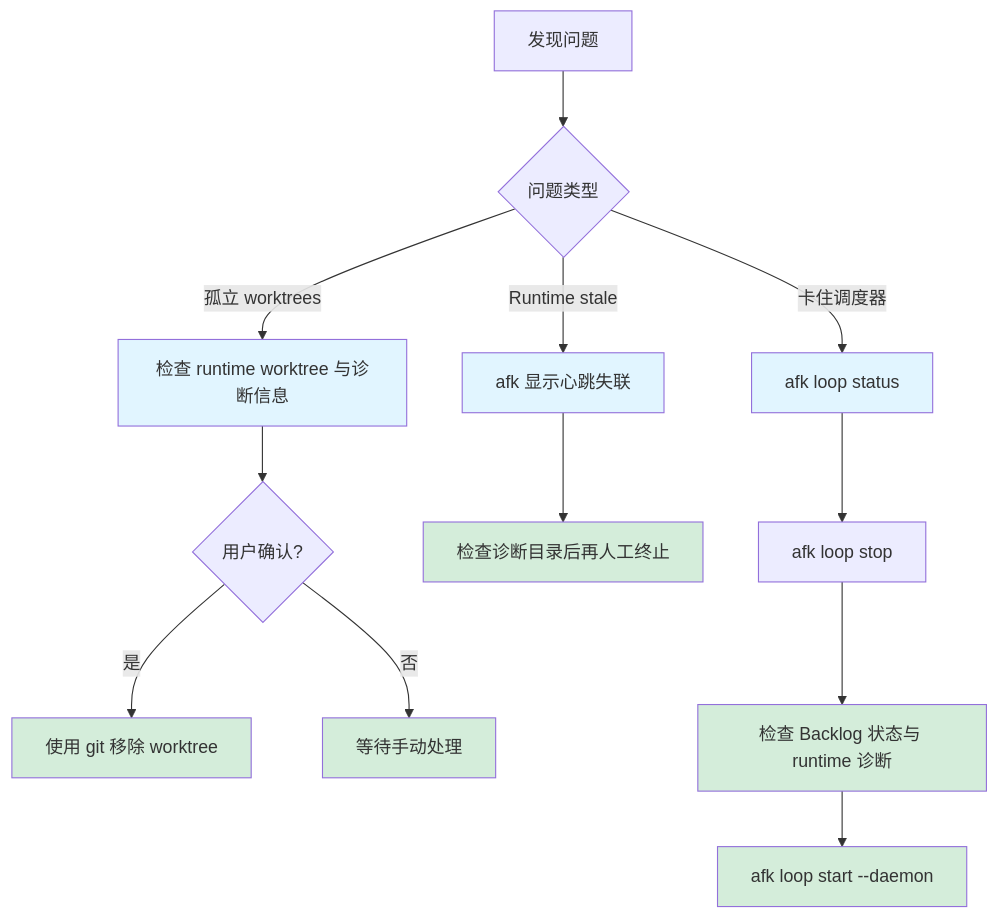
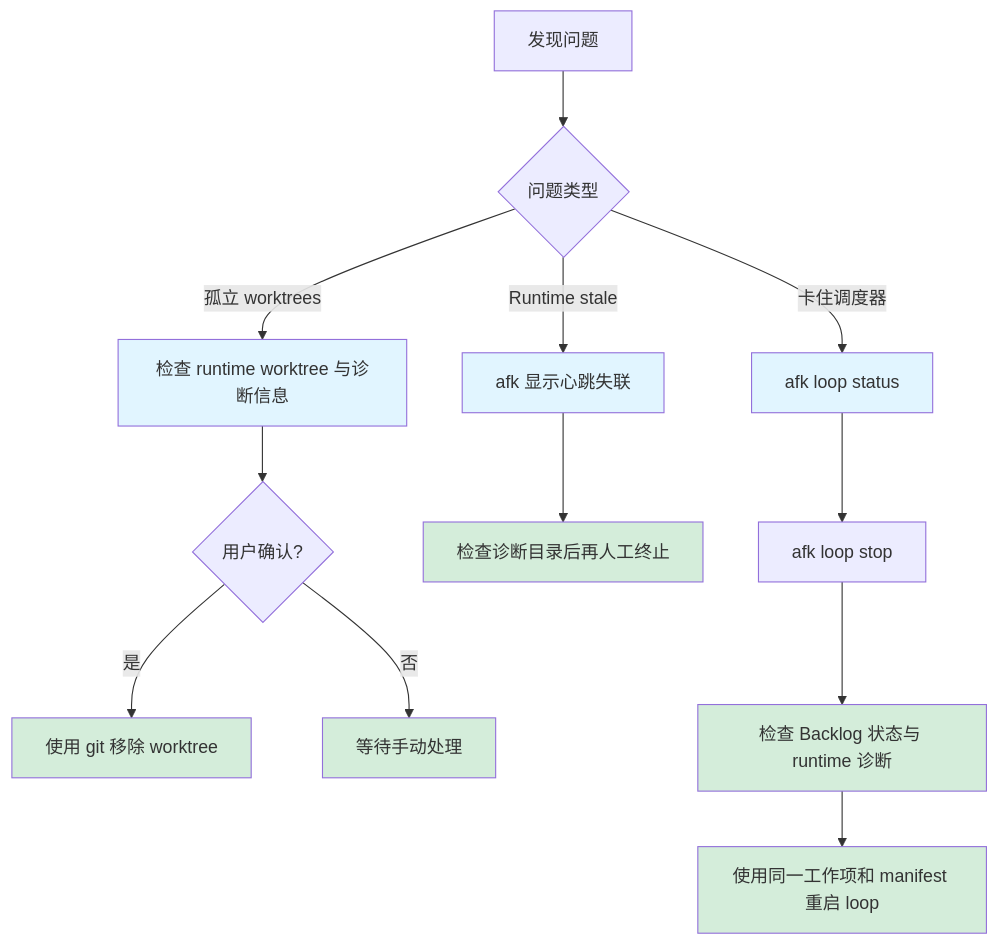
One commit to easyhaloo/afk changed the eighth of 9 diagrams in docs/guides/workflows.zh.md. Above: the diagram before and after it, drawn with Mermaid. The commit also changed other lines of this file and 129 other files, not shown here.

````diff
--- a/docs/guides/workflows.zh.md
+++ b/docs/guides/workflows.zh.md
@@ -422,22 +420,22 @@
 ```mermaid
 flowchart TD
     Issue[发现问题] --> Type{问题类型}
 
     Type -->|孤立 worktrees| Orphan["检查 runtime worktree 与诊断信息"]
     Orphan --> Confirm{用户确认?}
     Confirm -->|是| Prune["使用 git 移除 worktree"]
     Confirm -->|否| Wait[等待手动处理]
 
     Type -->|Runtime stale| Expired["afk 显示心跳失联"]
     Expired --> Kill["检查诊断目录后再人工终止"]
 
     Type -->|卡住调度器| Stuck[afk loop status]
     Stuck --> Pause[afk loop stop]
     Pause --> Manual["检查 Backlog 状态与 runtime 诊断"]
-    Manual --> Resume[afk loop start --daemon]
+    Manual --> Resume[使用同一工作项和 manifest 重启 loop]
 
     classDef detect fill:#e1f5ff
     classDef action fill:#d4edda
     class Orphan,Expired,Stuck detect
     class Prune,Kill,Manual,Resume,Wait action
 ```
````
